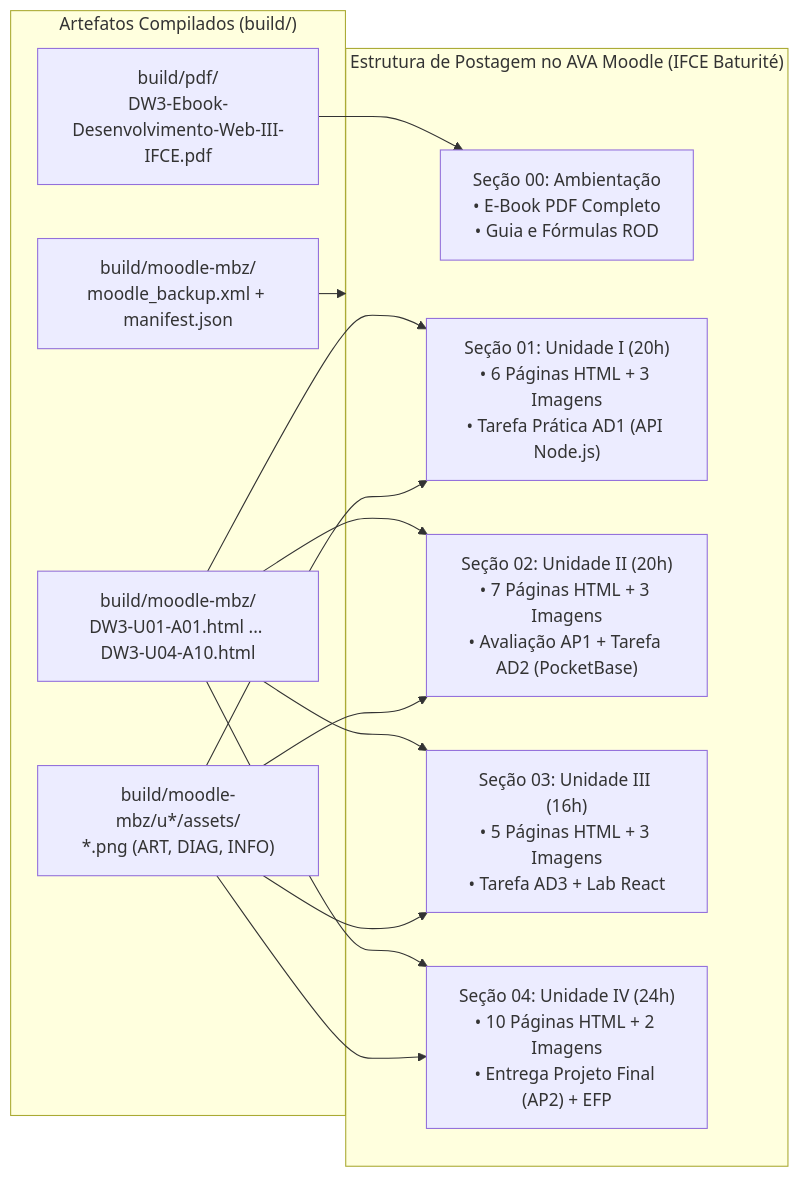
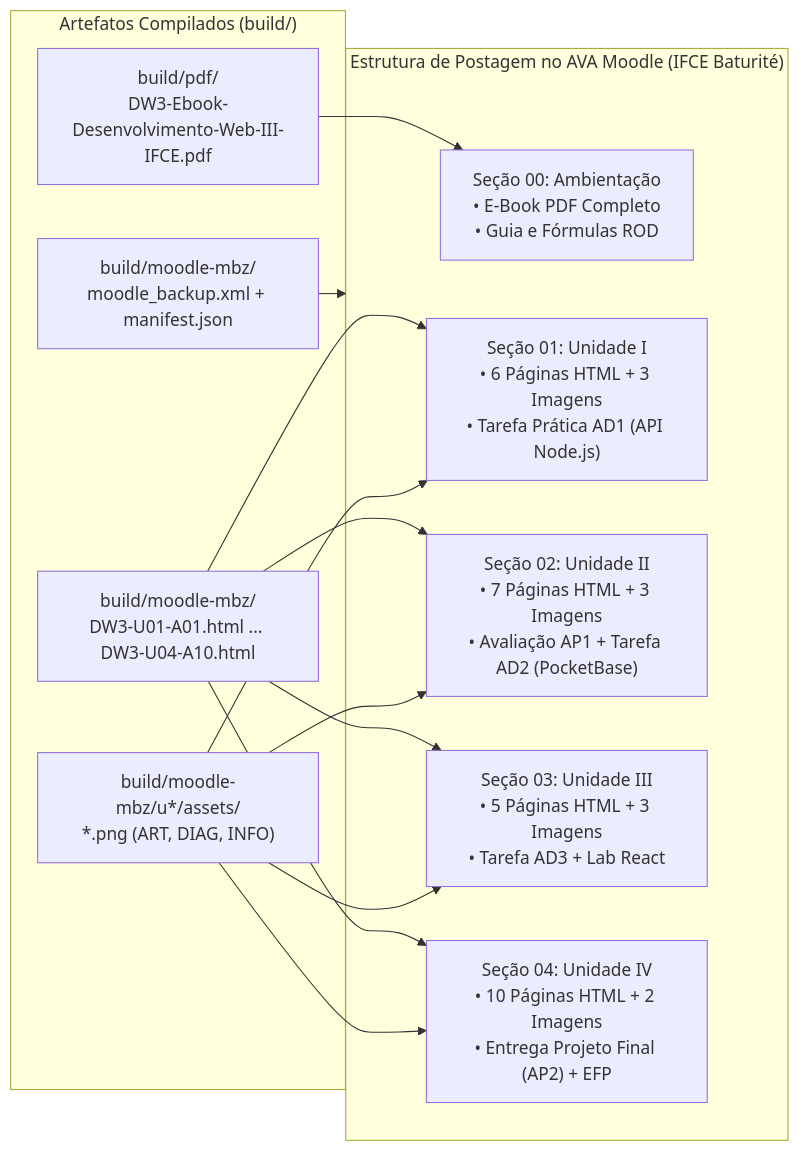
One commit to jeffersongurguri/SDD-Aulas-DW3 changed the diagram in docs/moodle-organization.md. Above: the diagram before and after it, drawn with Mermaid. The commit also changed other lines of this file and 68 other files, not shown here.

````diff
--- a/docs/moodle-organization.md
+++ b/docs/moodle-organization.md
@@ -85,22 +85,22 @@
 ```mermaid
 flowchart LR
     subgraph Build["Artefatos Compilados (build/)"]
         PDF["build/pdf/\nDW3-Ebook-Desenvolvimento-Web-III-IFCE.pdf"]
         XML["build/moodle-mbz/\nmoodle_backup.xml + manifest.json"]
         HTML["build/moodle-mbz/\nDW3-U01-A01.html ... DW3-U04-A10.html"]
         IMG["build/moodle-mbz/u*/assets/\n*.png (ART, DIAG, INFO)"]
     end
 
     subgraph Moodle["Estrutura de Postagem no AVA Moodle (IFCE Baturité)"]
         S0["Seção 00: Ambientação\n• E-Book PDF Completo\n• Guia e Fórmulas ROD"]
-        S1["Seção 01: Unidade I (20h)\n• 6 Páginas HTML + 3 Imagens\n• Tarefa Prática AD1 (API Node.js)"]
-        S2["Seção 02: Unidade II (20h)\n• 7 Páginas HTML + 3 Imagens\n• Avaliação AP1 + Tarefa AD2 (PocketBase)"]
-        S3["Seção 03: Unidade III (16h)\n• 5 Páginas HTML + 3 Imagens\n• Tarefa AD3 + Lab React"]
-        S4["Seção 04: Unidade IV (24h)\n• 10 Páginas HTML + 2 Imagens\n• Entrega Projeto Final (AP2) + EFP"]
+        S1["Seção 01: Unidade I\n• 6 Páginas HTML + 3 Imagens\n• Tarefa Prática AD1 (API Node.js)"]
+        S2["Seção 02: Unidade II\n• 7 Páginas HTML + 3 Imagens\n• Avaliação AP1 + Tarefa AD2 (PocketBase)"]
+        S3["Seção 03: Unidade III\n• 5 Páginas HTML + 3 Imagens\n• Tarefa AD3 + Lab React"]
+        S4["Seção 04: Unidade IV\n• 10 Páginas HTML + 2 Imagens\n• Entrega Projeto Final (AP2) + EFP"]
     end
 
     PDF --> S0
     XML --> Moodle
     HTML --> S1 & S2 & S3 & S4
     IMG --> S1 & S2 & S3 & S4
 ```
````
